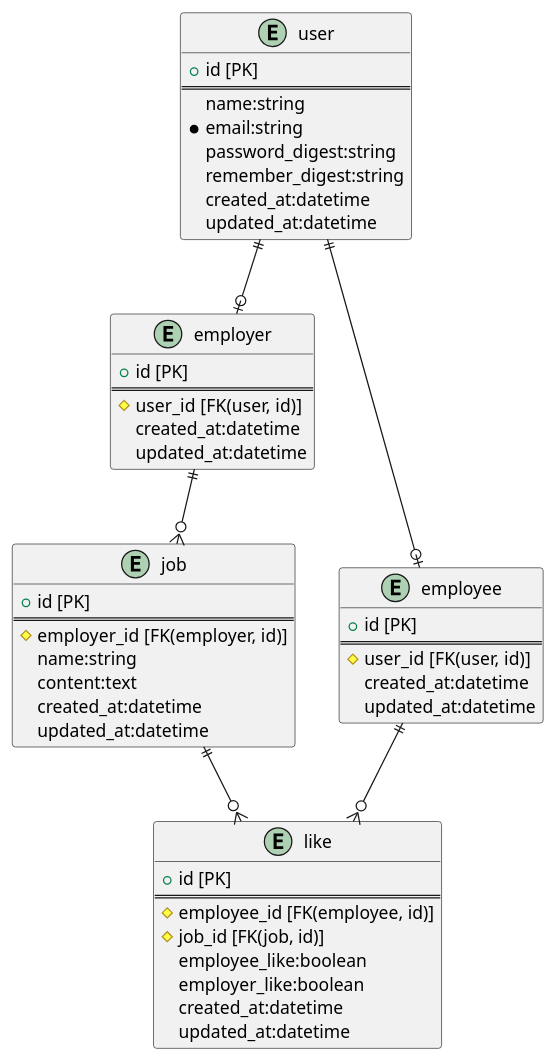
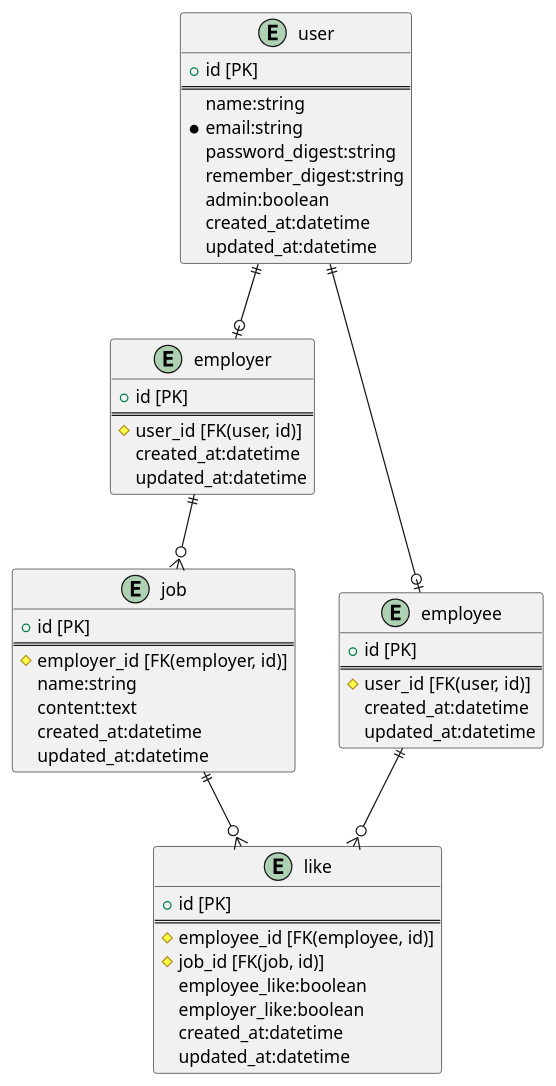
One commit to muryakami/Like-App changed the diagram in ER-diagram.puml. Above: the diagram before and after it, drawn with PlantUML. The commit also changed 3 other files, not shown here.

Commit message:
Update ER-diagram

```diff
--- a/ER-diagram.puml
+++ b/ER-diagram.puml
@@ -1,59 +1,60 @@
 @startuml prototype
 
 entity "user" {
   + id [PK]
   ==
   name:string
   * email:string
   password_digest:string
   remember_digest:string
+  admin:boolean
   created_at:datetime
   updated_at:datetime
 }
 
 entity "employer" {
   + id [PK]
   ==
   # user_id [FK(user, id)]
   created_at:datetime
   updated_at:datetime
 }
 
 entity "job" {
   + id [PK]
   ==
   # employer_id [FK(employer, id)]
   name:string
   content:text
   created_at:datetime
   updated_at:datetime
 }
 
 entity "employee" {
   + id [PK]
   ==
   # user_id [FK(user, id)]
   created_at:datetime
   updated_at:datetime
 }
 
 entity "like" {
   + id [PK]
   ==
   # employee_id [FK(employee, id)]
   # job_id [FK(job, id)]
   employee_like:boolean
   employer_like:boolean
   created_at:datetime
   updated_at:datetime
 }
 
 user ||--o| employer
 user ||--o| employee
 
 employer ||--o{ job
 
 job ||--o{ like
 employee ||--o{ like
 
 @enduml
```
